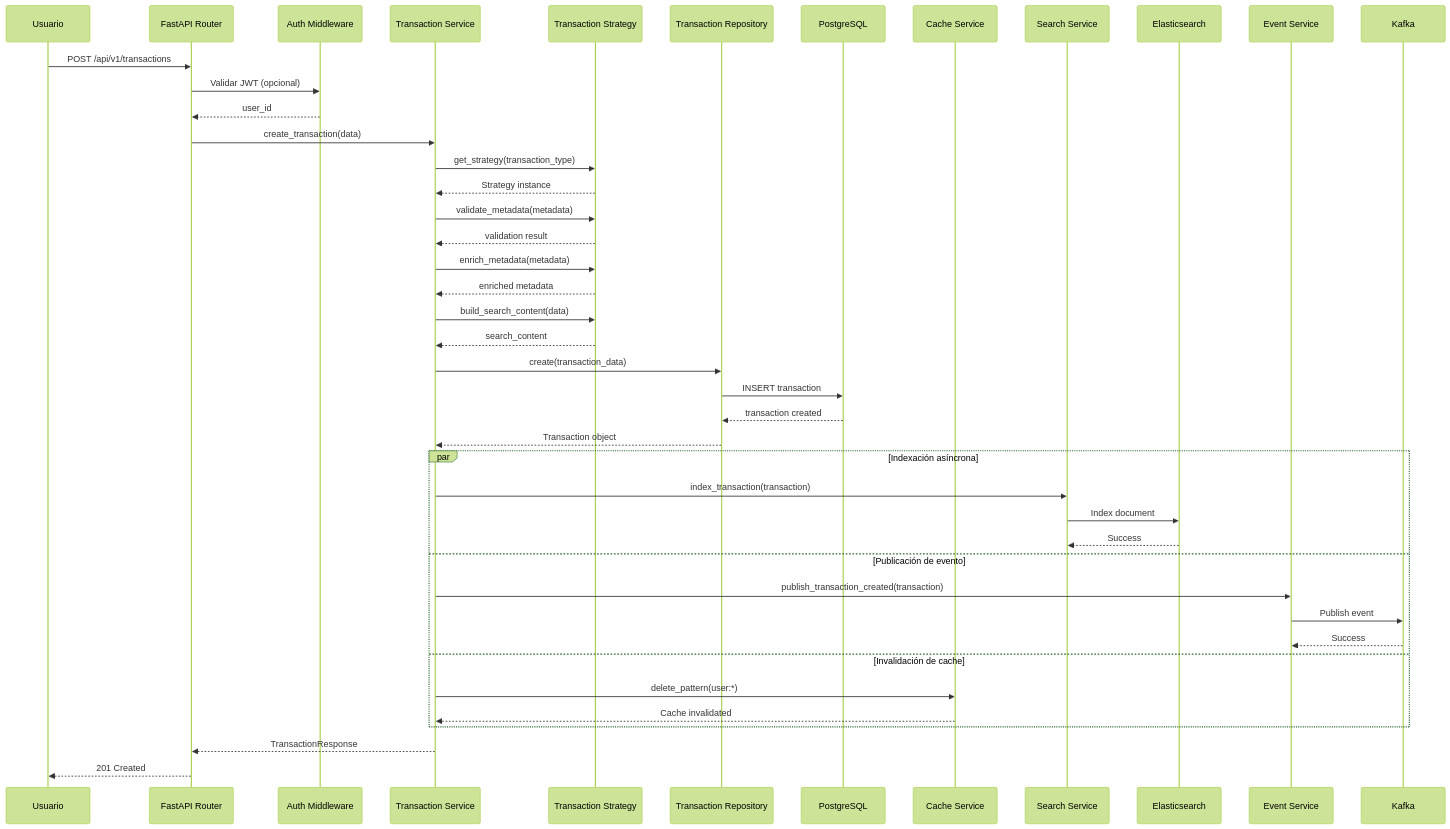
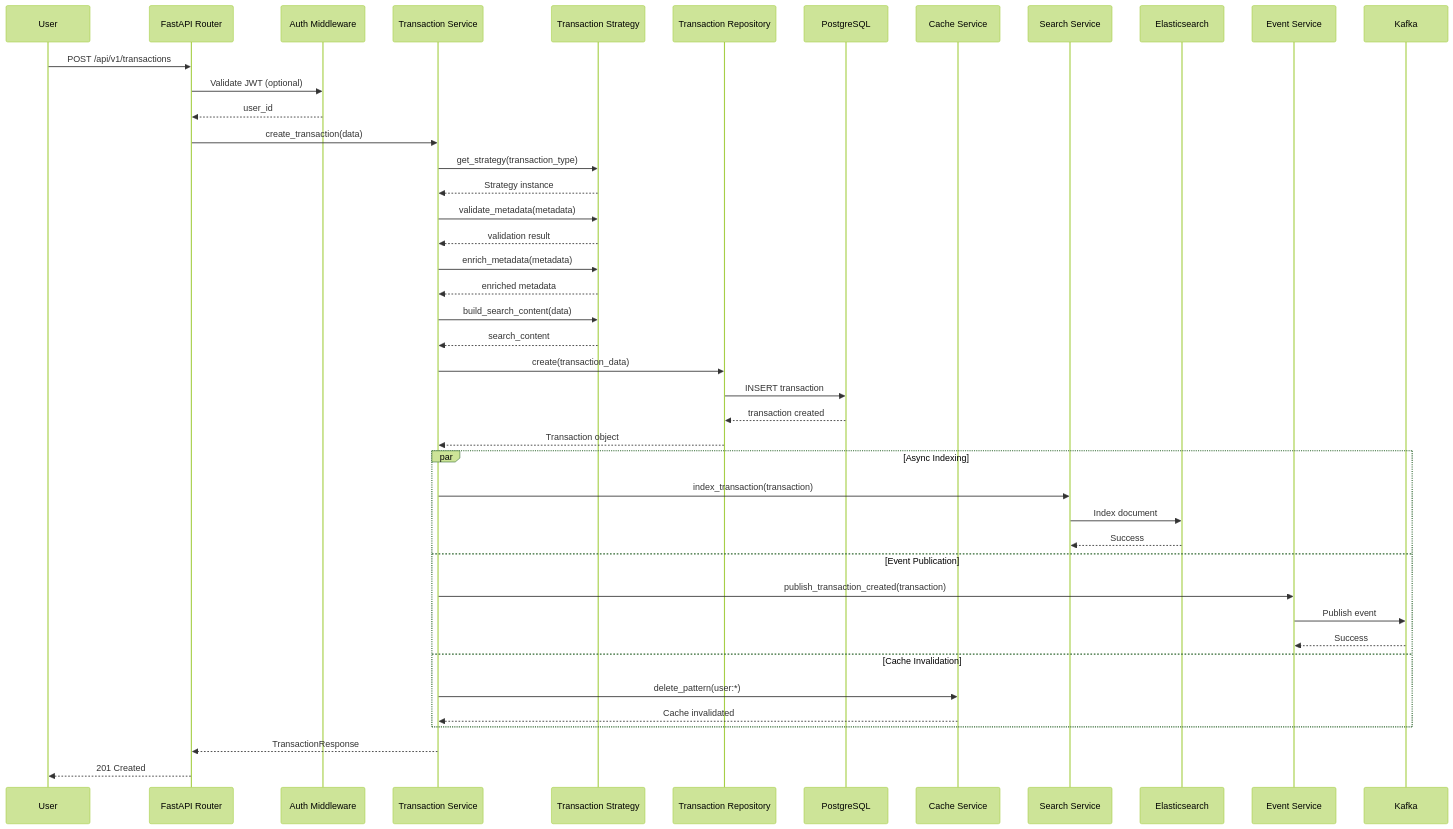
The third of 8 diagrams in README.md (echevemaster/astropay_challenge), drawn with Mermaid (forest theme) before and after one commit. The commit also changed other lines of this file, not shown here.

````diff
--- a/README.md
+++ b/README.md
@@ -138,54 +138,54 @@
 ```mermaid
 sequenceDiagram
-    participant U as Usuario
+    participant U as User
     participant API as FastAPI Router
     participant Auth as Auth Middleware
     participant TS as Transaction Service
     participant Strategy as Transaction Strategy
     participant Repo as Transaction Repository
     participant DB as PostgreSQL
     participant Cache as Cache Service
     participant Search as Search Service
     participant ES as Elasticsearch
     participant Event as Event Service
     participant Kafka as Kafka
     
     U->>API: POST /api/v1/transactions
-    API->>Auth: Validar JWT (opcional)
+    API->>Auth: Validate JWT (optional)
     Auth-->>API: user_id
     
     API->>TS: create_transaction(data)
     
     TS->>Strategy: get_strategy(transaction_type)
     Strategy-->>TS: Strategy instance
     
     TS->>Strategy: validate_metadata(metadata)
     Strategy-->>TS: validation result
     
     TS->>Strategy: enrich_metadata(metadata)
     Strategy-->>TS: enriched metadata
     
     TS->>Strategy: build_search_content(data)
     Strategy-->>TS: search_content
     
     TS->>Repo: create(transaction_data)
     Repo->>DB: INSERT transaction
     DB-->>Repo: transaction created
     Repo-->>TS: Transaction object
     
-    par Indexación asíncrona
+    par Async Indexing
         TS->>Search: index_transaction(transaction)
         Search->>ES: Index document
         ES-->>Search: Success
-    and Publicación de evento
+    and Event Publication
         TS->>Event: publish_transaction_created(transaction)
         Event->>Kafka: Publish event
         Kafka-->>Event: Success
-    and Invalidación de cache
+    and Cache Invalidation
         TS->>Cache: delete_pattern(user:*)
         Cache-->>TS: Cache invalidated
     end
     
     TS-->>API: TransactionResponse
     API-->>U: 201 Created
 ```
````
